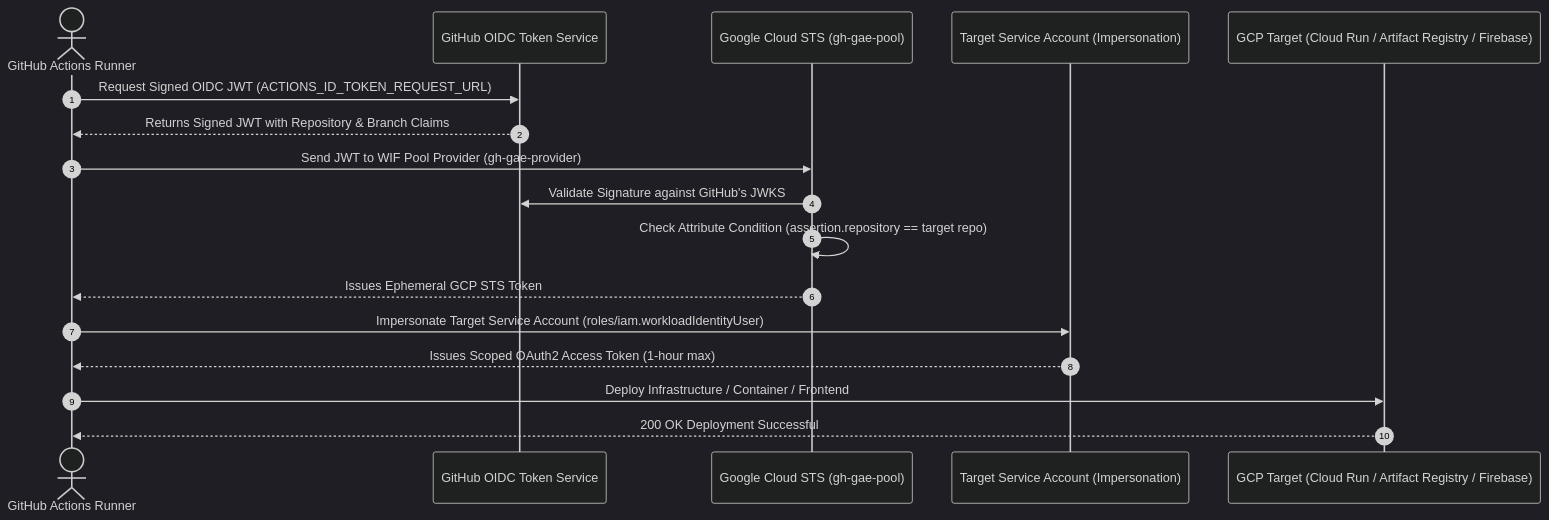
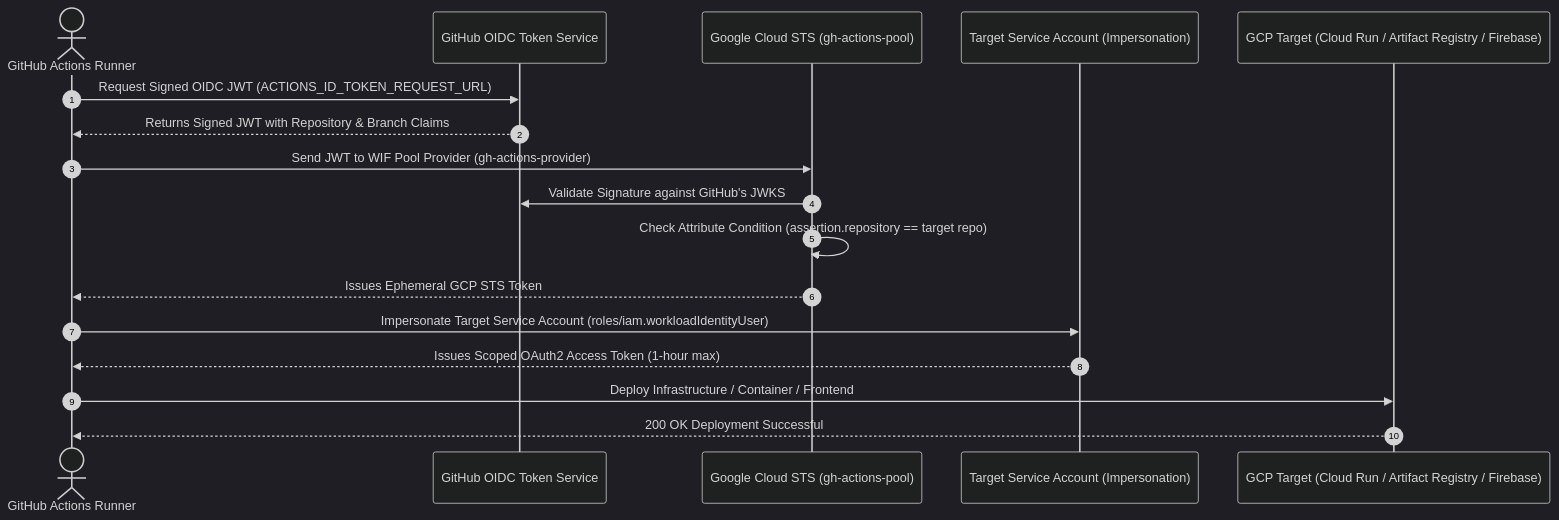
Before and after one commit to himanshusaraswat/infra-cloud-orchestrator: the second of 2 diagrams in README.md, drawn with Mermaid (dark theme). The commit also changed other lines of this file, not shown here.

````diff
--- a/README.md
+++ b/README.md
@@ -79,20 +79,20 @@
 ```mermaid
 sequenceDiagram
     autonumber
     actor Trigger as GitHub Actions Runner
     participant OIDC as GitHub OIDC Token Service
-    participant STS as Google Cloud STS (gh-gae-pool)
+    participant STS as Google Cloud STS (gh-actions-pool)
     participant IAM as Target Service Account (Impersonation)
     participant Cloud as GCP Target (Cloud Run / Artifact Registry / Firebase)
 
     Trigger->>OIDC: Request Signed OIDC JWT (ACTIONS_ID_TOKEN_REQUEST_URL)
     OIDC-->>Trigger: Returns Signed JWT with Repository & Branch Claims
-    Trigger->>STS: Send JWT to WIF Pool Provider (gh-gae-provider)
+    Trigger->>STS: Send JWT to WIF Pool Provider (gh-actions-provider)
     STS->>OIDC: Validate Signature against GitHub's JWKS
     STS->>STS: Check Attribute Condition (assertion.repository == target repo)
     STS-->>Trigger: Issues Ephemeral GCP STS Token
     Trigger->>IAM: Impersonate Target Service Account (roles/iam.workloadIdentityUser)
     IAM-->>Trigger: Issues Scoped OAuth2 Access Token (1-hour max)
     Trigger->>Cloud: Deploy Infrastructure / Container / Frontend
     Cloud-->>Trigger: 200 OK Deployment Successful
 ```
````
